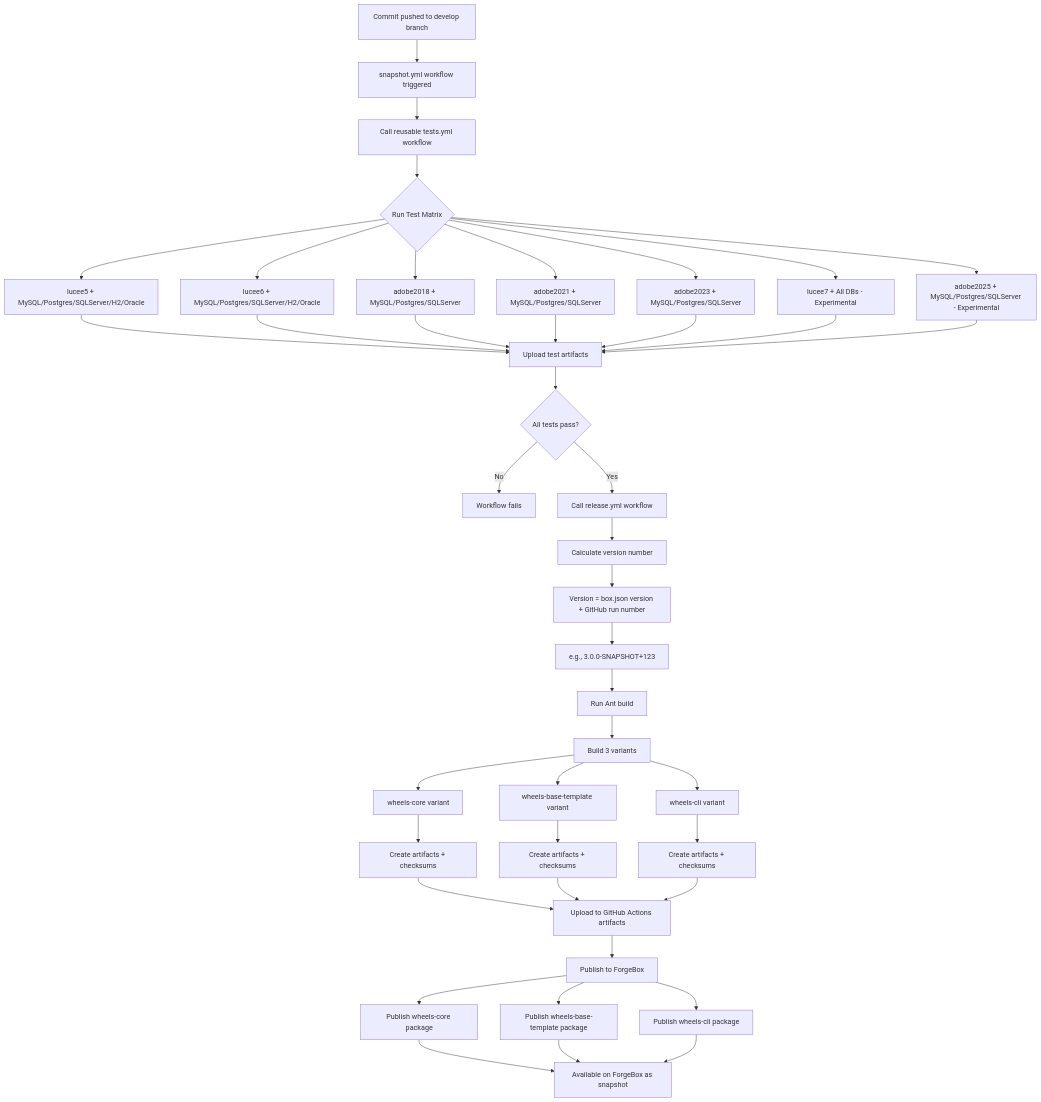
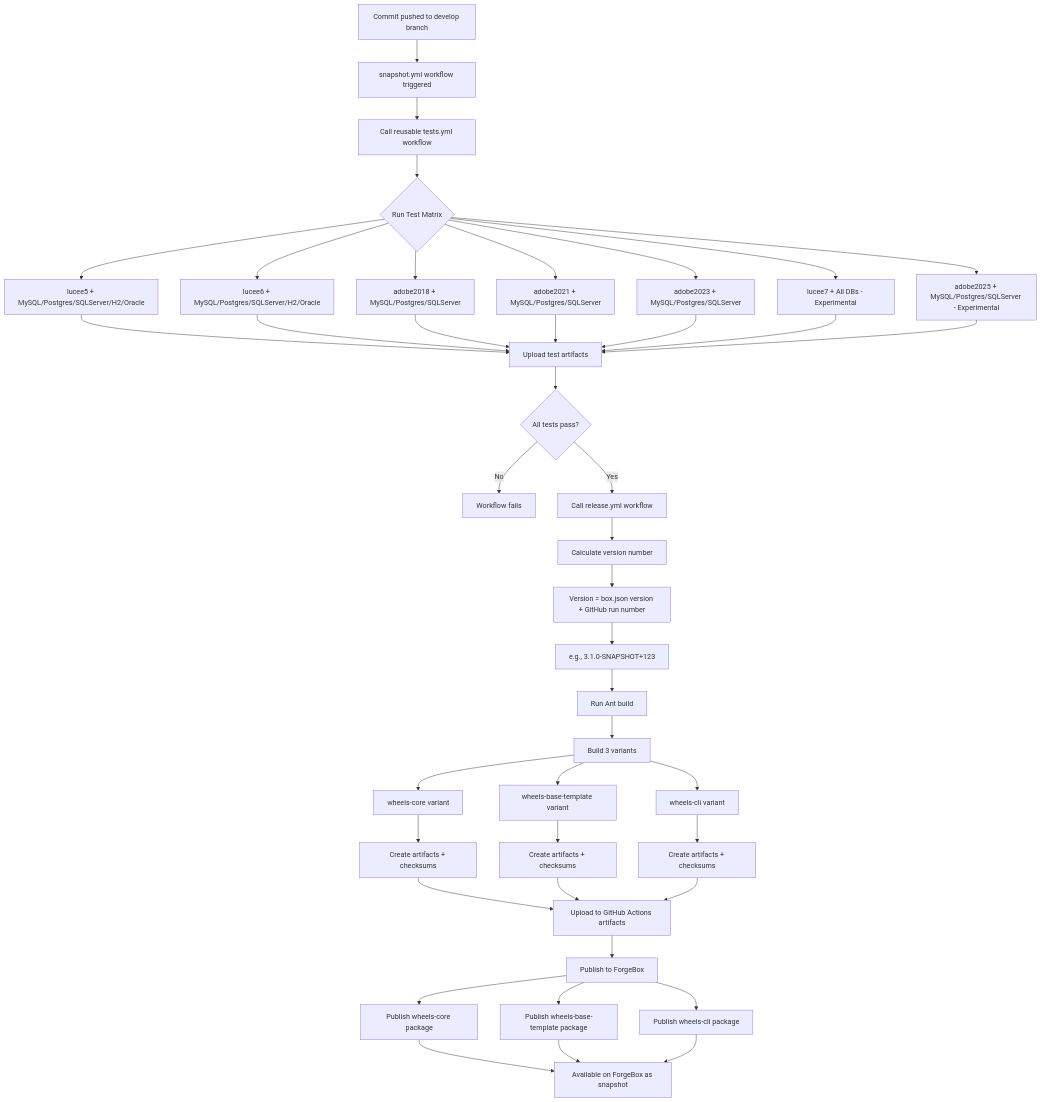
The diagram in design_docs/scratchpad/publish-process-flow.md (wheels-dev/wheels), drawn with Mermaid before and after one commit. The commit also changed other lines of this file and 127 other files, not shown here.

````diff
--- a/design_docs/scratchpad/publish-process-flow.md
+++ b/design_docs/scratchpad/publish-process-flow.md
@@ -8,54 +8,54 @@
 ```mermaid
 flowchart TD
     A[Commit pushed to develop branch] --> B[snapshot.yml workflow triggered]
     B --> C[Call reusable tests.yml workflow]
 
     C --> D{Run Test Matrix}
     D --> E1[lucee5 + MySQL/Postgres/SQLServer/H2/Oracle]
     D --> E2[lucee6 + MySQL/Postgres/SQLServer/H2/Oracle]
     D --> E3[adobe2018 + MySQL/Postgres/SQLServer]
     D --> E4[adobe2021 + MySQL/Postgres/SQLServer]
     D --> E5[adobe2023 + MySQL/Postgres/SQLServer]
     D --> E6[lucee7 + All DBs - Experimental]
     D --> E7[adobe2025 + MySQL/Postgres/SQLServer - Experimental]
 
     E1 --> F[Upload test artifacts]
     E2 --> F
     E3 --> F
     E4 --> F
     E5 --> F
     E6 --> F
     E7 --> F
 
     F --> G{All tests pass?}
     G -->|No| H[Workflow fails]
     G -->|Yes| I[Call release.yml workflow]
 
     I --> J[Calculate version number]
     J --> K[Version = box.json version + GitHub run number]
-    K --> L[e.g., 3.0.0-SNAPSHOT+123]
+    K --> L[e.g., 3.1.0-SNAPSHOT+123]
 
     L --> M[Run Ant build]
     M --> N[Build 3 variants]
 
     N --> O1[wheels-core variant]
     N --> O2[wheels-base-template variant]
     N --> O3[wheels-cli variant]
 
     O1 --> P1[Create artifacts + checksums]
     O2 --> P2[Create artifacts + checksums]
     O3 --> P3[Create artifacts + checksums]
 
     P1 --> Q[Upload to GitHub Actions artifacts]
     P2 --> Q
     P3 --> Q
 
     Q --> R[Publish to ForgeBox]
     R --> S1[Publish wheels-core package]
     R --> S2[Publish wheels-base-template package]
     R --> S3[Publish wheels-cli package]
 
     S1 --> T[Available on ForgeBox as snapshot]
     S2 --> T
     S3 --> T
 ```
````
